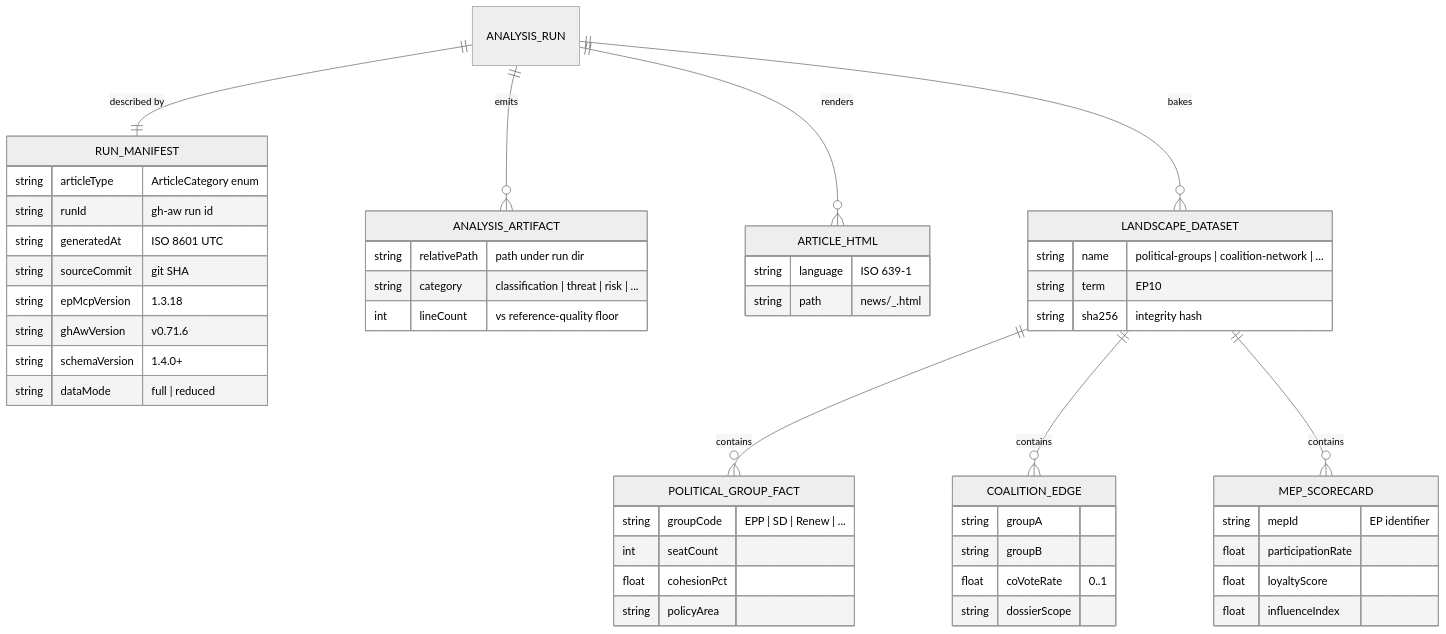
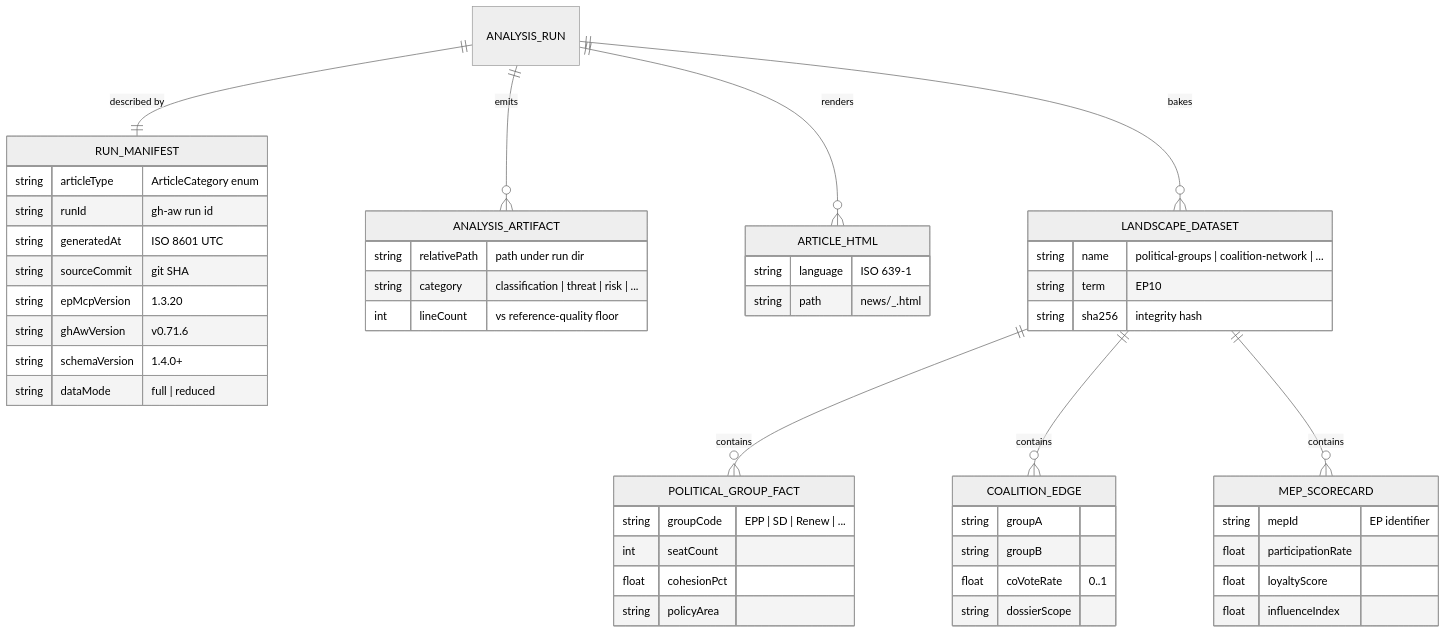
One commit to Hack23/euparliamentmonitor changed the second of 9 diagrams in FUTURE_DATA_MODEL.md. Above: the diagram before and after it, drawn with Mermaid (neutral theme). The commit also changed other lines of this file and 58 other files, not shown here.

Commit message:
Update MCP version references

````diff
--- a/FUTURE_DATA_MODEL.md
+++ b/FUTURE_DATA_MODEL.md
@@ -218,53 +218,53 @@
 ```mermaid
 erDiagram
     ANALYSIS_RUN ||--|| RUN_MANIFEST : "described by"
     ANALYSIS_RUN ||--o{ ANALYSIS_ARTIFACT : "emits"
     ANALYSIS_RUN ||--o{ ARTICLE_HTML : "renders"
     ANALYSIS_RUN ||--o{ LANDSCAPE_DATASET : "bakes"
     LANDSCAPE_DATASET ||--o{ POLITICAL_GROUP_FACT : "contains"
     LANDSCAPE_DATASET ||--o{ COALITION_EDGE : "contains"
     LANDSCAPE_DATASET ||--o{ MEP_SCORECARD : "contains"
 
     RUN_MANIFEST {
         string articleType "ArticleCategory enum"
         string runId "gh-aw run id"
         string generatedAt "ISO 8601 UTC"
         string sourceCommit "git SHA"
-        string epMcpVersion "1.3.18"
+        string epMcpVersion "1.3.20"
         string ghAwVersion "v0.71.6"
         string schemaVersion "1.4.0+"
         string dataMode "full | reduced"
     }
     ANALYSIS_ARTIFACT {
         string relativePath "path under run dir"
         string category "classification | threat | risk | ..."
         int lineCount "vs reference-quality floor"
     }
     ARTICLE_HTML {
         string language "ISO 639-1"
         string path "news/<slug>_<lang>.html"
     }
     LANDSCAPE_DATASET {
         string name "political-groups | coalition-network | ..."
         string term "EP10"
         string sha256 "integrity hash"
     }
     POLITICAL_GROUP_FACT {
         string groupCode "EPP | SD | Renew | ..."
         int seatCount
         float cohesionPct
         string policyArea
     }
     COALITION_EDGE {
         string groupA
         string groupB
         float coVoteRate "0..1"
         string dossierScope
     }
     MEP_SCORECARD {
         string mepId "EP identifier"
         float participationRate
         float loyaltyScore
         float influenceIndex
     }
 ```
````
